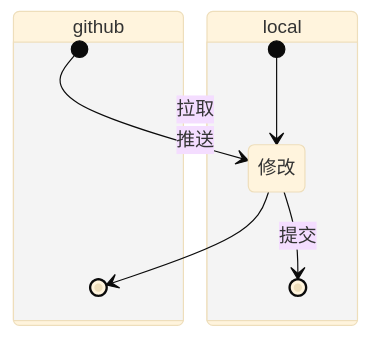
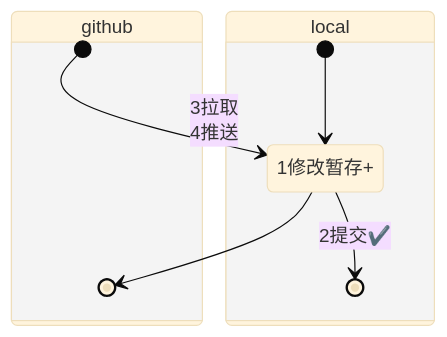
One commit to wulazhou/hello changed the fifth of 6 diagrams in mygame/md/graph.md. Above: the diagram before and after it, drawn with Mermaid (base theme).

Commit message:
修改git状态图

````diff
--- a/mygame/md/graph.md
+++ b/mygame/md/graph.md
@@ -73,14 +73,14 @@
 ```mermaid
     stateDiagram
-    github --> local:拉取
-    local --> github:推送
+    github --> local:3拉取
+    local --> github:4推送
     state github{
         [*]-->graph
         graph --> [*]
     }
     state local{
         [*]-->graph
-        graph --> [*]:提交
-        graph:修改
+        graph --> [*]:2提交✔️
+        graph:1修改暂存+
     }
 ```
````
